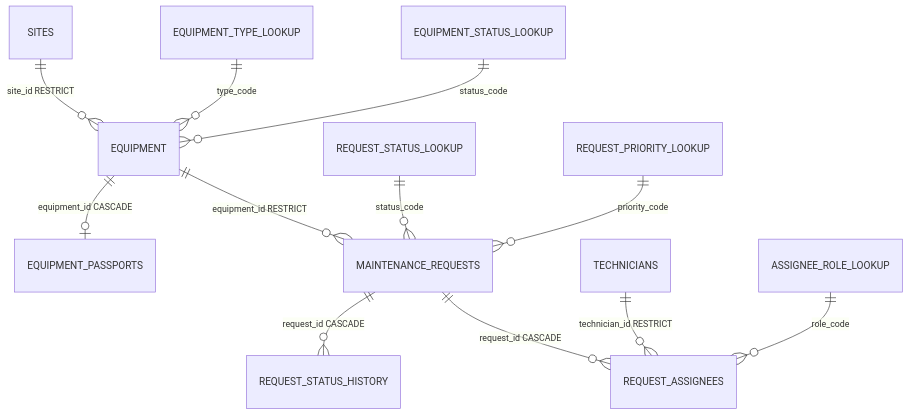
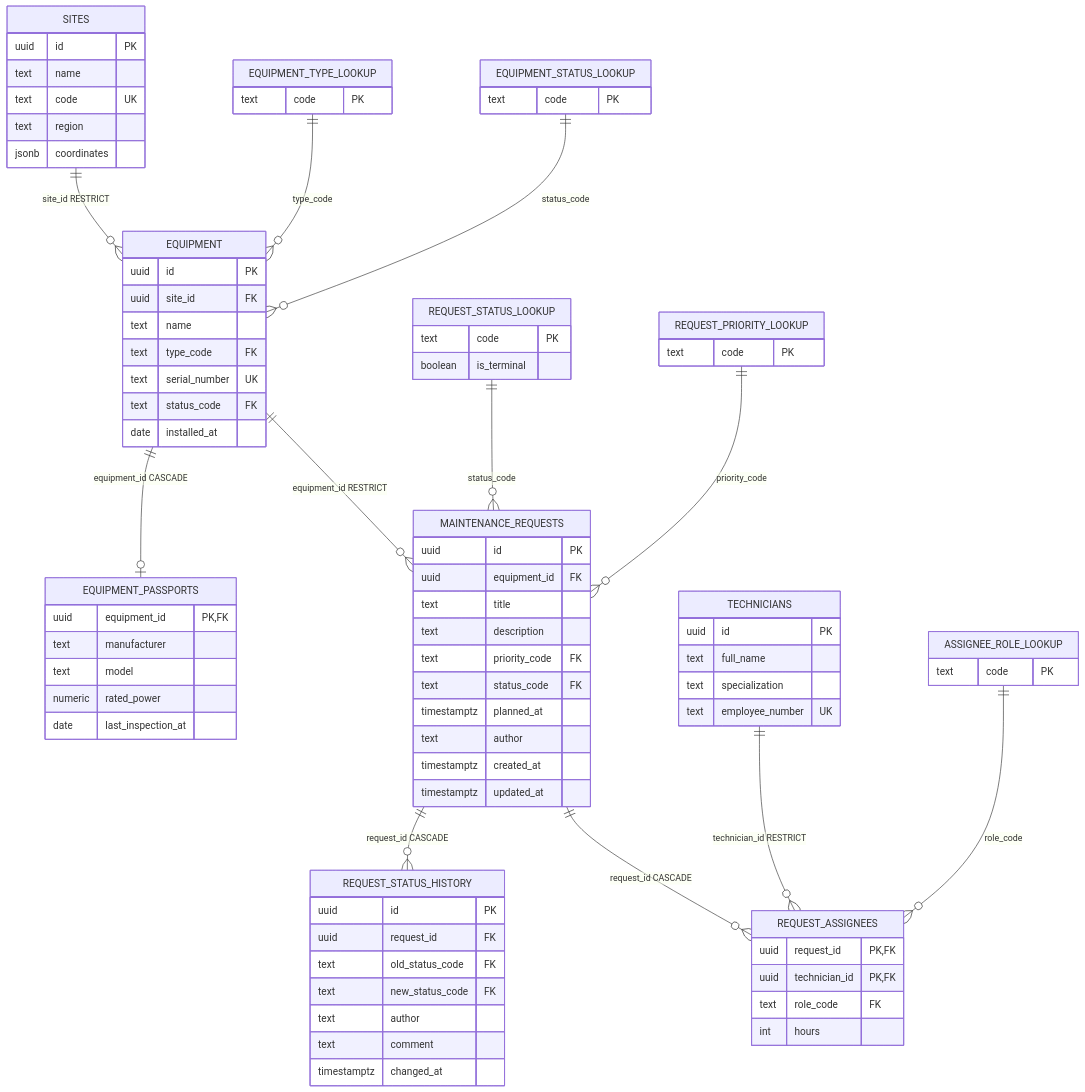
One commit to AlikinHodkon/Technical-Service changed the diagram in README.md. Above: the diagram before and after it, drawn with Mermaid. The commit also changed other lines of this file, not shown here.

Commit message:
docs: fix 400/422 contradiction and document Postman/legacy-assignment gaps

````diff
--- a/README.md
+++ b/README.md
@@ -325,5 +327,89 @@
 ```mermaid
 erDiagram
+    SITES {
+        uuid id PK
+        text name
+        text code UK
+        text region
+        jsonb coordinates
+    }
+
+    EQUIPMENT {
+        uuid id PK
+        uuid site_id FK
+        text name
+        text type_code FK
+        text serial_number UK
+        text status_code FK
+        date installed_at
+    }
+
+    EQUIPMENT_PASSPORTS {
+        uuid equipment_id PK, FK
+        text manufacturer
+        text model
+        numeric rated_power
+        date last_inspection_at
+    }
+
+    MAINTENANCE_REQUESTS {
+        uuid id PK
+        uuid equipment_id FK
+        text title
+        text description
+        text priority_code FK
+        text status_code FK
+        timestamptz planned_at
+        text author
+        timestamptz created_at
+        timestamptz updated_at
+    }
+
+    REQUEST_STATUS_HISTORY {
+        uuid id PK
+        uuid request_id FK
+        text old_status_code FK
+        text new_status_code FK
+        text author
+        text comment
+        timestamptz changed_at
+    }
+
+    TECHNICIANS {
+        uuid id PK
+        text full_name
+        text specialization
+        text employee_number UK
+    }
+
+    REQUEST_ASSIGNEES {
+        uuid request_id PK, FK
+        uuid technician_id PK, FK
+        text role_code FK
+        int hours
+    }
+
+    EQUIPMENT_TYPE_LOOKUP {
+        text code PK
+    }
+
+    EQUIPMENT_STATUS_LOOKUP {
+        text code PK
+    }
+
+    REQUEST_STATUS_LOOKUP {
+        text code PK
+        boolean is_terminal
+    }
+
+    REQUEST_PRIORITY_LOOKUP {
+        text code PK
+    }
+
+    ASSIGNEE_ROLE_LOOKUP {
+        text code PK
+    }
+
     SITES ||--o{ EQUIPMENT : "site_id RESTRICT"
     EQUIPMENT ||--o| EQUIPMENT_PASSPORTS : "equipment_id CASCADE"
     EQUIPMENT ||--o{ MAINTENANCE_REQUESTS : "equipment_id RESTRICT"
````
